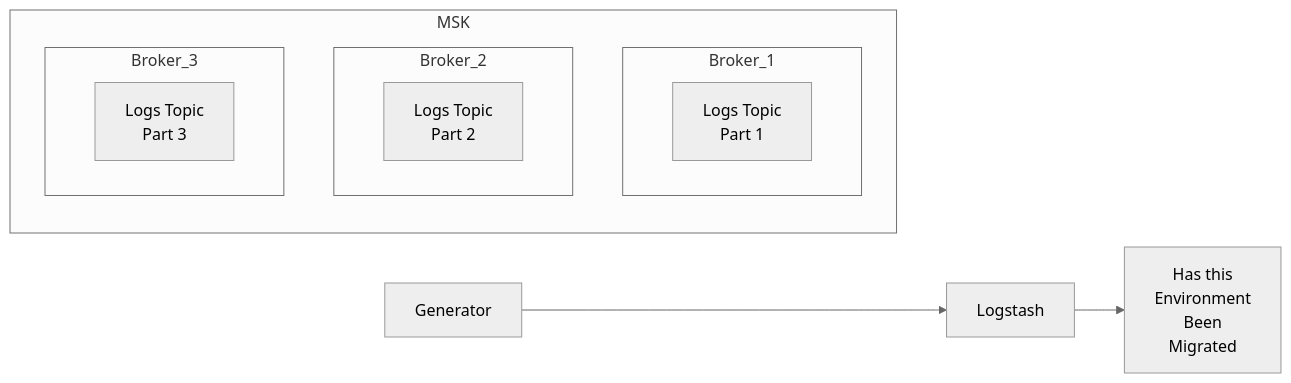
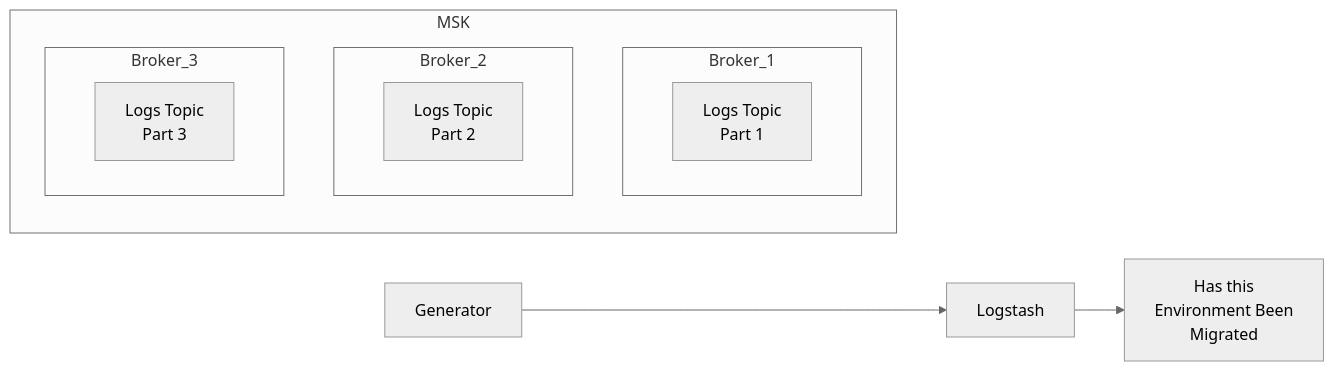
One commit to Saskia-MDTP/can-hedgehogs-fly changed the second of 2 diagrams in README.md. Above: the diagram before and after it, drawn with Mermaid (neutral theme).

````diff
--- a/README.md
+++ b/README.md
@@ -15,16 +15,16 @@
 ```mermaid
   graph LR;
       subgraph MSK
           subgraph Broker_1
               P1[Logs Topic<br/>Part 1];
            end
           subgraph Broker_2
               P2[Logs Topic<br/>Part 2];
            end
           subgraph Broker_3
               P3[Logs Topic<br/>Part 3];
            end
        end
    Generator-->Logstash;
-   Logstash-->Q1[Has this<br/>Environment<br/>Been<br/>Migrated]
+   Logstash-->Q1[Has this<br/>Environment Been<br/>Migrated]
 ```
````
